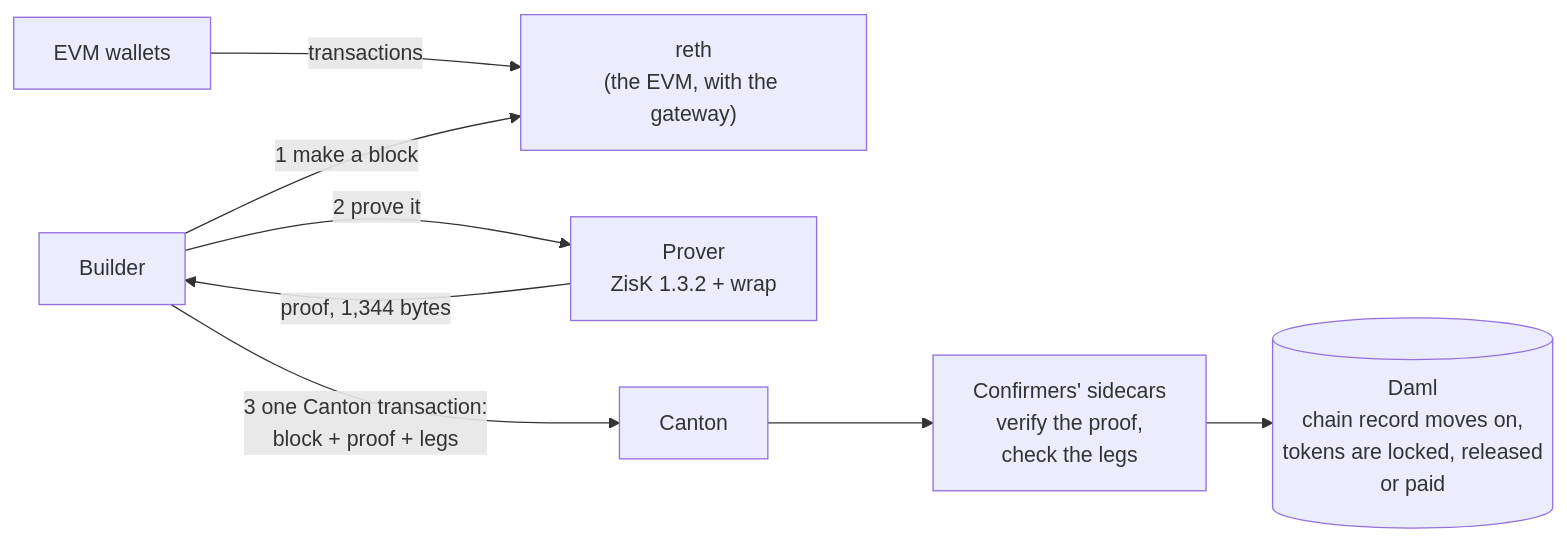
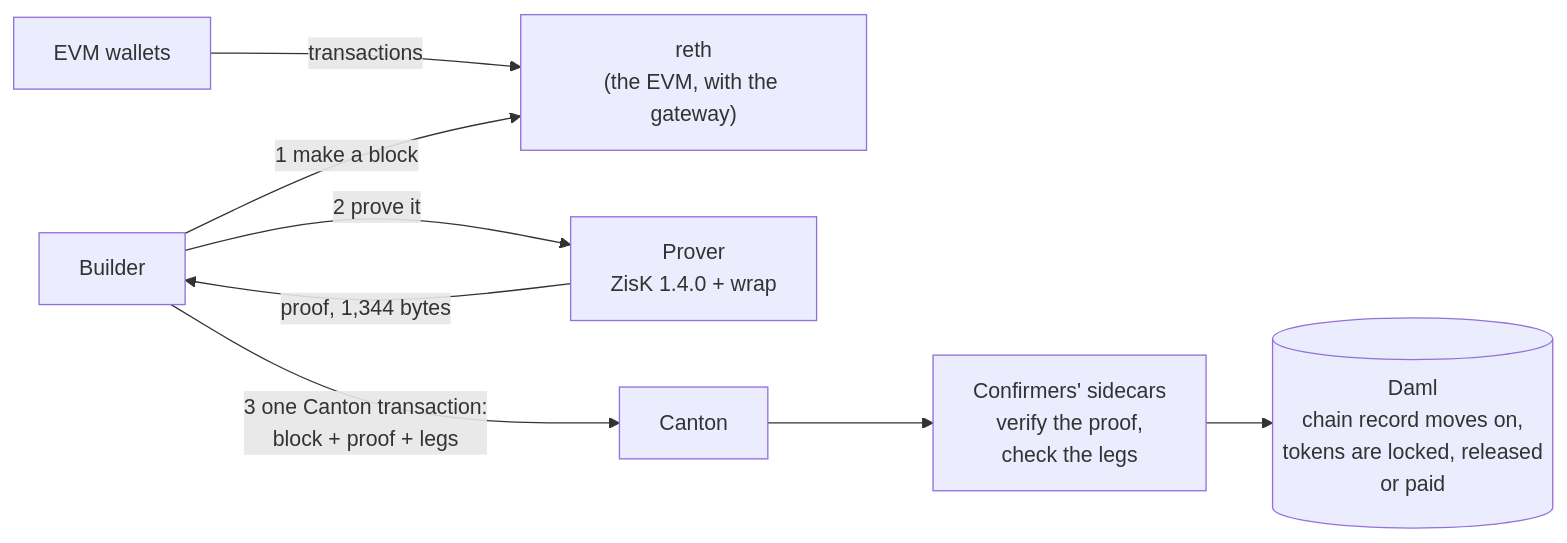
The diagram in docs/DESIGN.md (rome-protocol/canton-zk-evm), drawn with Mermaid before and after one commit. The commit also changed other lines of this file and 33 other files, not shown here.

````diff
--- a/docs/DESIGN.md
+++ b/docs/DESIGN.md
@@ -23,10 +23,10 @@
 ```mermaid
 flowchart LR
   W["EVM wallets"] -->|transactions| R["reth<br/>(the EVM, with the gateway)"]
   B["Builder"] -->|"1 make a block"| R
-  B -->|"2 prove it"| P["Prover<br/>ZisK 1.3.2 + wrap"]
+  B -->|"2 prove it"| P["Prover<br/>ZisK 1.4.0 + wrap"]
   P -->|"proof, 1,344 bytes"| B
   B -->|"3 one Canton transaction:<br/>block + proof + legs"| C["Canton"]
   C --> X["Confirmers' sidecars<br/>verify the proof,<br/>check the legs"]
   X --> D[("Daml<br/>chain record moves on,<br/>tokens are locked, released<br/>or paid")]
 ```
````
